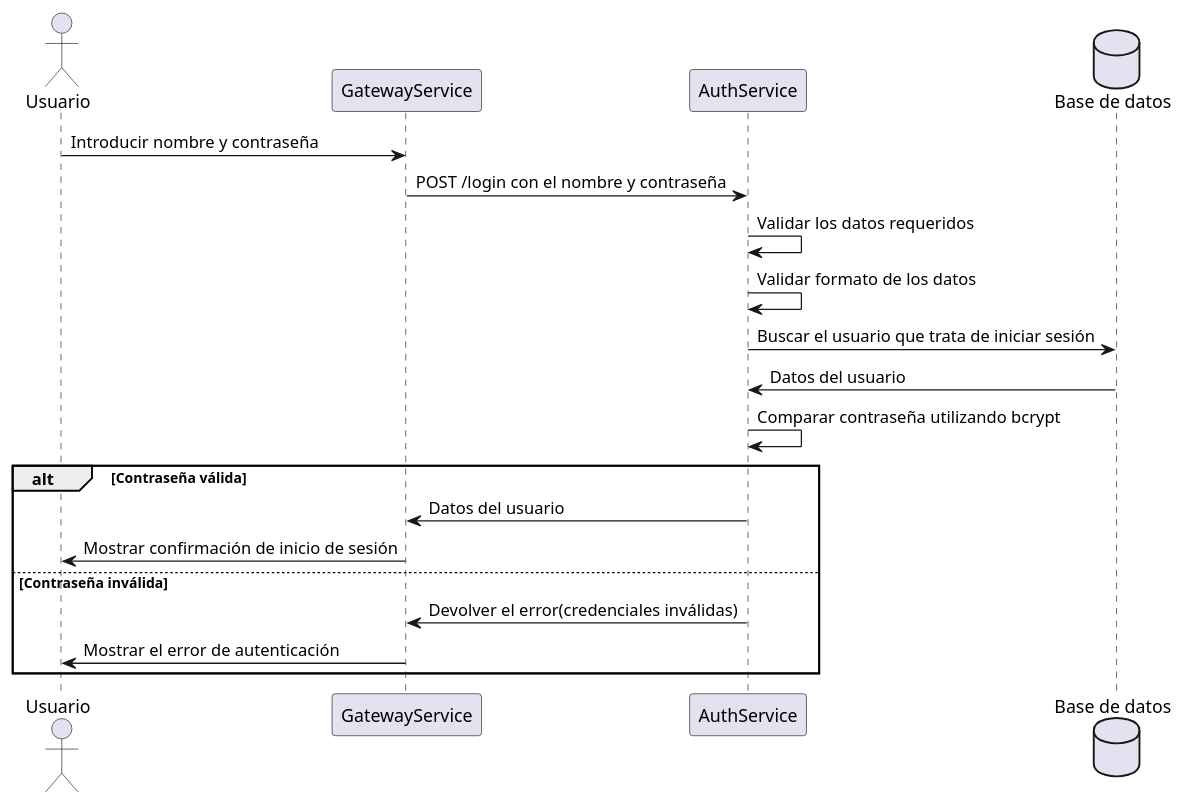
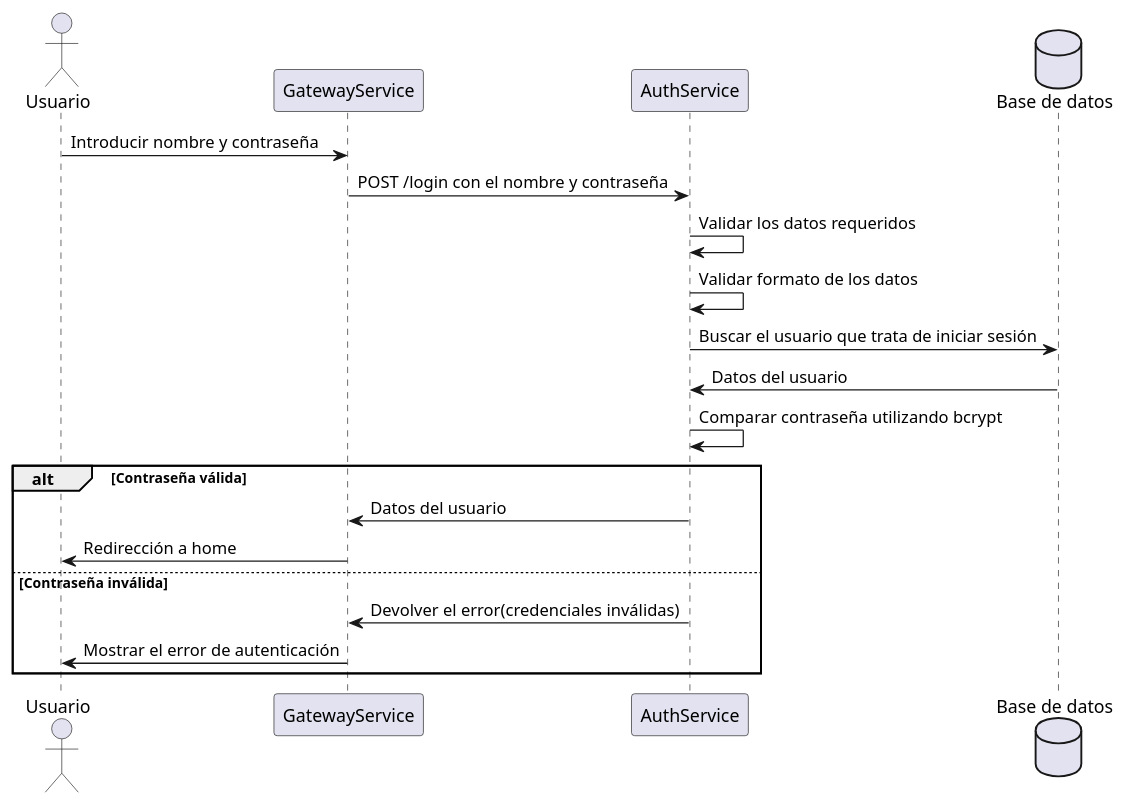
One commit to Arquisoft/wichat_es5a changed the second of 3 diagrams in docs/src/06_runtime_view.adoc. Above: the diagram before and after it, drawn with PlantUML. The commit also changed other lines of this file, not shown here.

Commit message:
Actualización de los diagramas del punto 6 de la documentación

```diff
--- a/docs/src/06_runtime_view.adoc
+++ b/docs/src/06_runtime_view.adoc
@@ -73,24 +73,24 @@
 [plantuml,"Log in diagram",png]
 ----
 
 actor Usuario
 participant "GatewayService" as GS
 participant "AuthService" as AS
 database "Base de datos" as DB
 
 Usuario -> GS: Introducir nombre y contraseña
 GS -> AS: POST /login con el nombre y contraseña
 AS -> AS: Validar los datos requeridos
 AS -> AS: Validar formato de los datos
 AS -> DB: Buscar el usuario que trata de iniciar sesión
 DB -> AS: Datos del usuario
 AS -> AS: Comparar contraseña utilizando bcrypt
 alt Contraseña válida
     AS -> GS: Datos del usuario
-    GS -> Usuario: Mostrar confirmación de inicio de sesión
+    GS -> Usuario: Redirección a home
 else Contraseña inválida
     AS -> GS: Devolver el error(credenciales inválidas)
     GS -> Usuario: Mostrar el error de autenticación
 end
 
 ----
```
